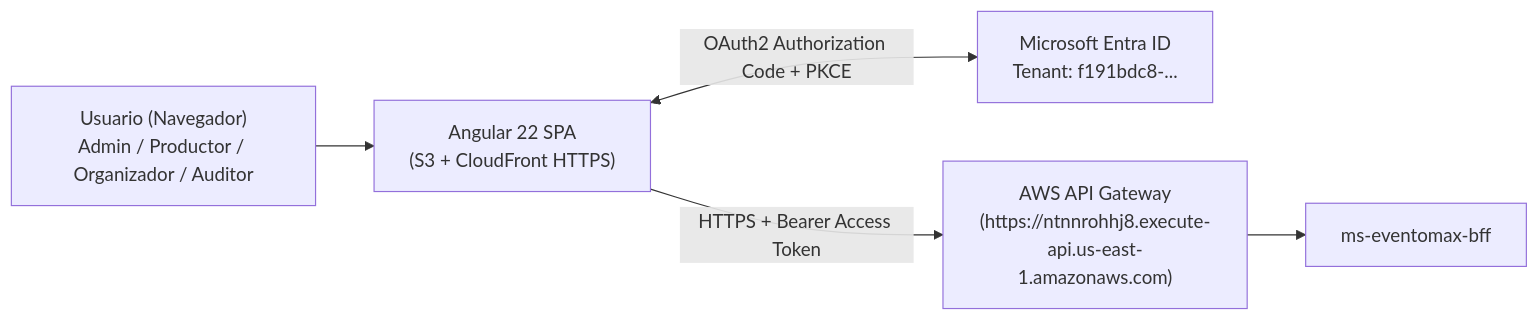
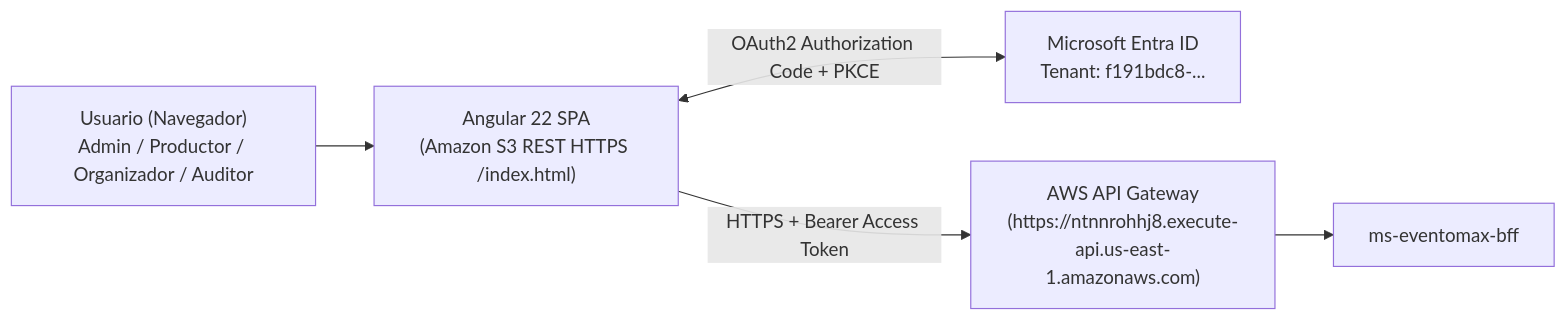
One commit to Nachovn12/frontend-eventomax changed the diagram in README.md. Above: the diagram before and after it, drawn with Mermaid. The commit also changed other lines of this file, not shown here.

Commit message:
docs(ep2): preserve EP1 S3 HTTPS hosting procedure and remove CloudFront references in README

````diff
--- a/README.md
+++ b/README.md
@@ -25,7 +25,7 @@
 ```mermaid
 flowchart LR
-    USER["Usuario (Navegador)\nAdmin / Productor / Organizador / Auditor"] --> SPA["Angular 22 SPA\n(S3 + CloudFront HTTPS)"]
+    USER["Usuario (Navegador)\nAdmin / Productor / Organizador / Auditor"] --> SPA["Angular 22 SPA\n(Amazon S3 REST HTTPS /index.html)"]
     SPA <-->|OAuth2 Authorization Code + PKCE| ENTRA["Microsoft Entra ID\nTenant: f191bdc8-..."]
     SPA -->|HTTPS + Bearer Access Token| APIGW["AWS API Gateway\n(https://ntnnrohhj8.execute-api.us-east-1.amazonaws.com)"]
     APIGW --> BFF["ms-eventomax-bff"]
 ```
````
